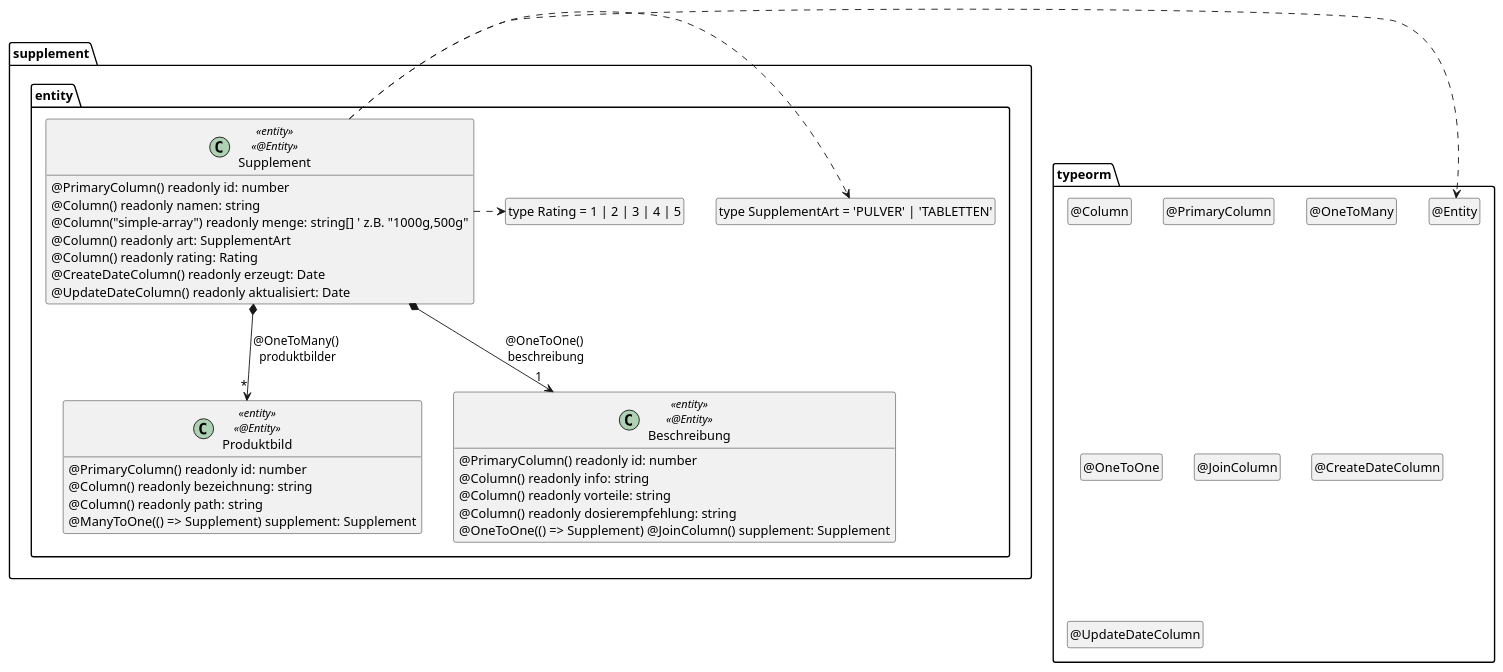
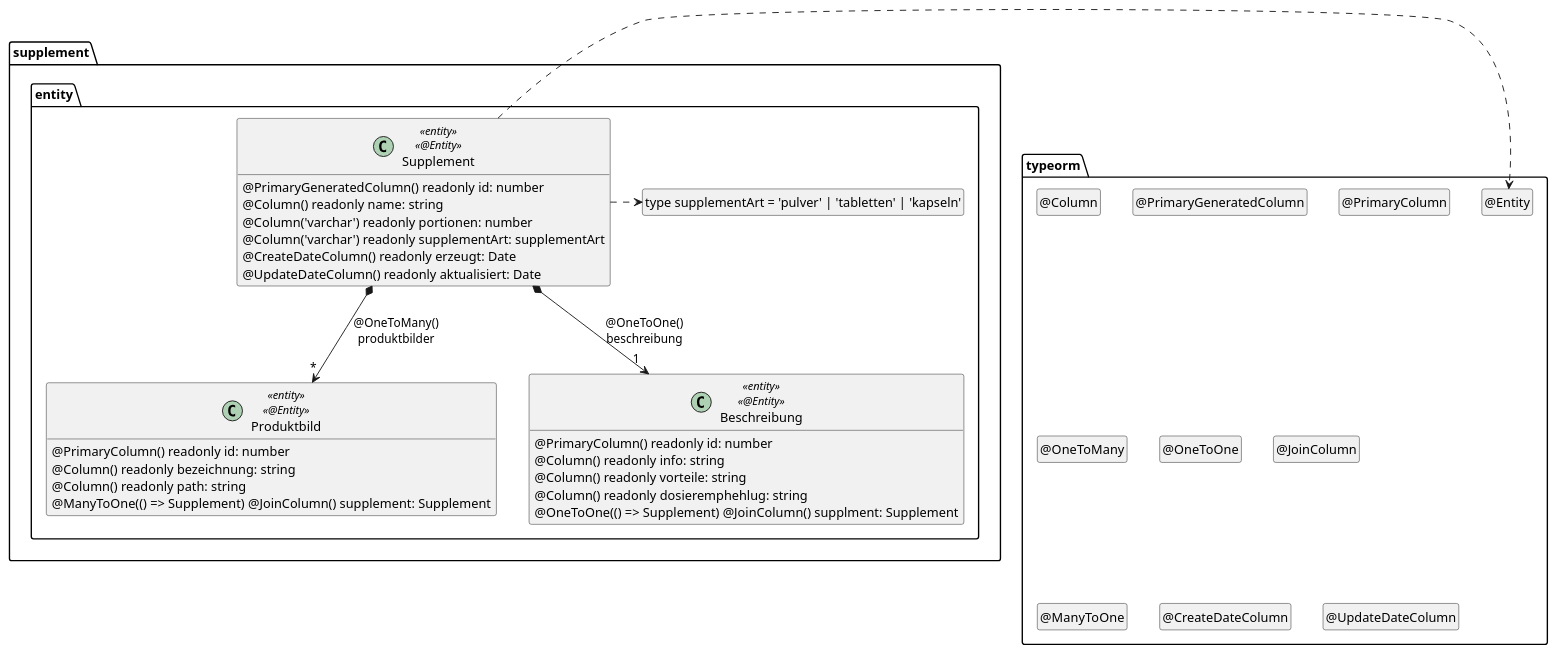
The diagram in .extras/doc/supplement.plantuml (Swe-SS25/swe-abgabe1), drawn with PlantUML before and after one commit. The commit also changed other lines of this file and 5 other files, not shown here.

Commit message:
feat: creat entities and creat uml-diagram and ER-diagram

```diff
--- a/.extras/doc/supplement.plantuml
+++ b/.extras/doc/supplement.plantuml
@@ -7,64 +1,66 @@
 @startuml Supplement
+
+' Preview durch <Alt>d
 
 package typeorm {
   class "@Entity" as Entity
   hide Entity circle
   class "@Column" as Column
   hide Column circle
+  class "@PrimaryGeneratedColumn" as PrimaryGeneratedColumn
+  hide PrimaryGeneratedColumn circle
   class "@PrimaryColumn" as PrimaryColumn
   hide PrimaryColumn circle
   class "@OneToMany" as OneToMany
   hide OneToMany circle
   class "@OneToOne" as OneToOne
   hide OneToOne circle
   class "@JoinColumn" as JoinColumn
   hide JoinColumn circle
+  class "@ManyToOne" as ManyToOne
+  hide ManyToOne circle
   class "@CreateDateColumn" as CreateDateColumn
   hide CreateDateColumn circle
   class "@UpdateDateColumn" as UpdateDateColumn
   hide UpdateDateColumn circle
 }
 
 package supplement.entity {
-  class "type SupplementArt = 'PULVER' | 'TABLETTEN'" as SupplementArt
+  class "type supplementArt = 'pulver' | 'tabletten' | 'kapseln'" as SupplementArt
   hide SupplementArt circle
 
-  class "type Rating = 1 | 2 | 3 | 4 | 5" as Rating
-  hide Rating circle
-
   class Supplement <<entity>> <<@Entity>> {
-    @PrimaryColumn() readonly id: number
-    @Column() readonly namen: string
-    @Column("simple-array") readonly menge: string[] ' z.B. "1000g,500g"
-    @Column() readonly art: SupplementArt
-    @Column() readonly rating: Rating
+    @PrimaryGeneratedColumn() readonly id: number
+    @Column() readonly name: string
+    @Column('varchar') readonly portionen: number
+    @Column('varchar') readonly supplementArt: supplementArt
     @CreateDateColumn() readonly erzeugt: Date
     @UpdateDateColumn() readonly aktualisiert: Date
   }
 
   class Produktbild <<entity>> <<@Entity>> {
     @PrimaryColumn() readonly id: number
     @Column() readonly bezeichnung: string
     @Column() readonly path: string
-    @ManyToOne(() => Supplement) supplement: Supplement
+    @ManyToOne(() => Supplement) @JoinColumn() supplement: Supplement
   }
 
   class Beschreibung <<entity>> <<@Entity>> {
     @PrimaryColumn() readonly id: number
     @Column() readonly info: string
     @Column() readonly vorteile: string
-    @Column() readonly dosierempfehlung: string
-    @OneToOne(() => Supplement) @JoinColumn() supplement: Supplement
+    @Column() readonly dosieremphehlug: string
+    @OneToOne(() => Supplement) @JoinColumn() supplment: Supplement
   }
 
-  Supplement *--> "*" Produktbild : @OneToMany() \nproduktbilder
-  Supplement *--> "1" Beschreibung : @OneToOne() \nbeschreibung
+  Supplement *--> "*" Produktbild : @OneToMany()\nproduktbilder
+  Supplement *--> "1" Beschreibung : @OneToOne()\nbeschreibung
 
   Supplement .right.> Entity
   Supplement .right.> SupplementArt
-  Supplement .right.> Rating
 }
 
 hide empty members
 
+
 @enduml
```
